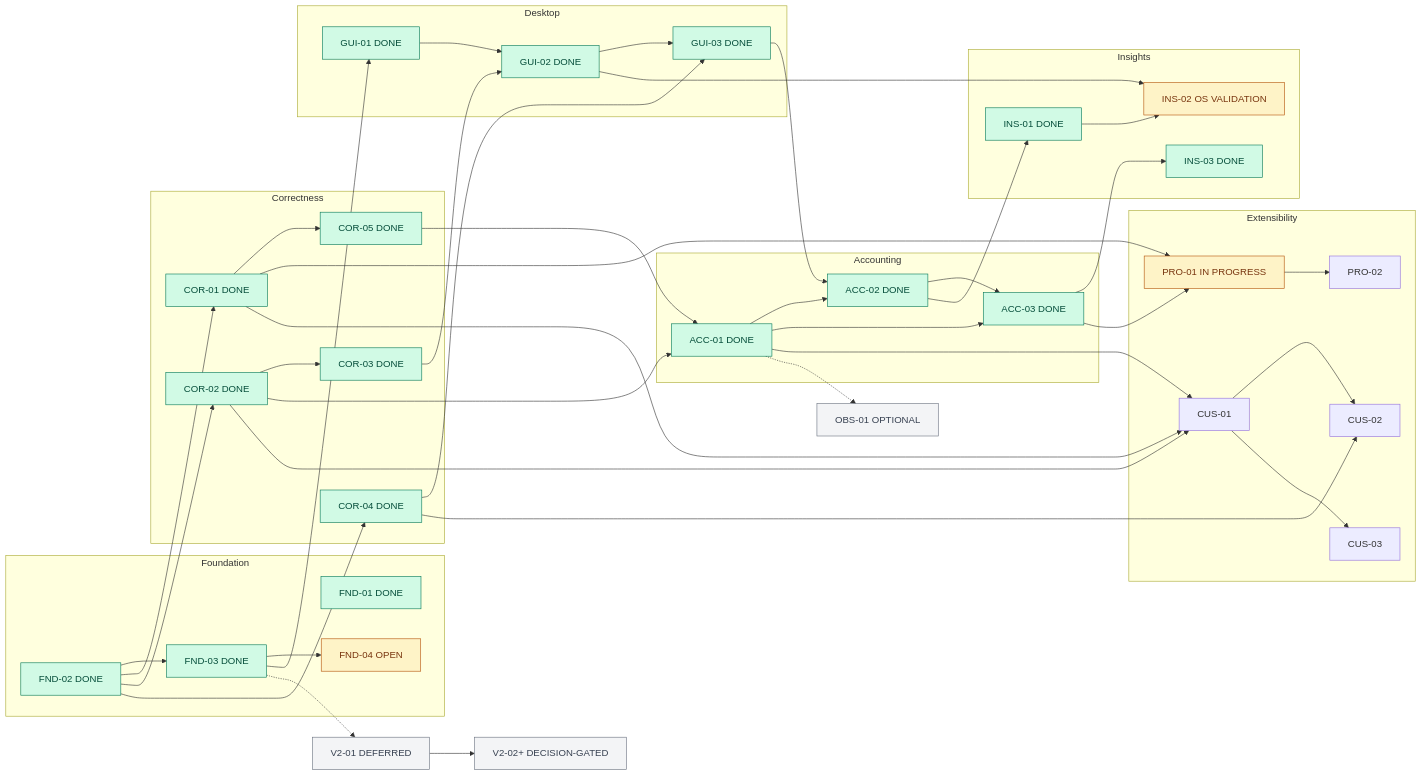
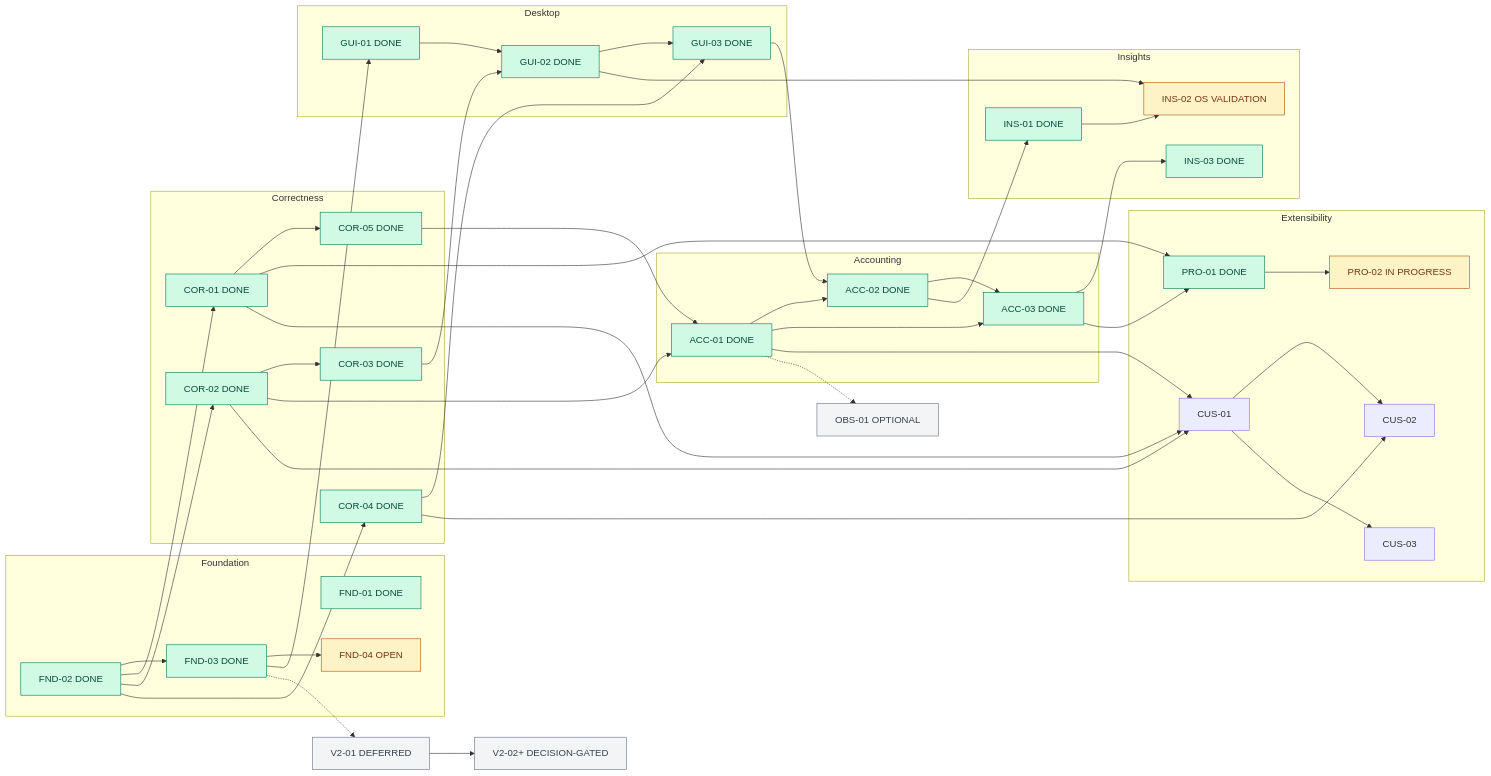
The second of 2 diagrams in docs/UPSTREAM_DELIVERY_PLAN.md (slkiser/opencode-quota), drawn with Mermaid before and after one commit. The commit also changed other lines of this file and 15 other files, not shown here.

````diff
--- a/docs/UPSTREAM_DELIVERY_PLAN.md
+++ b/docs/UPSTREAM_DELIVERY_PLAN.md
@@ -182,57 +182,57 @@
 ```mermaid
 flowchart LR
   subgraph Foundation
     F01["FND-01 DONE"]
     F02["FND-02 DONE"] --> F03["FND-03 DONE"]
     F03 --> F04["FND-04 OPEN"]
   end
   subgraph Correctness
     F02 --> C01["COR-01 DONE"]
     F02 --> C02["COR-02 DONE"]
     C02 --> C03["COR-03 DONE"]
     F02 --> C04["COR-04 DONE"]
     C01 --> C05["COR-05 DONE"]
   end
   subgraph Desktop
     F03 --> G01["GUI-01 DONE"]
     G01 --> G02["GUI-02 DONE"]
     C03 --> G02
     G02 --> G03["GUI-03 DONE"]
     C04 --> G03
   end
   subgraph Accounting
     C02 --> A01["ACC-01 DONE"]
     C05 --> A01
     A01 --> A02["ACC-02 DONE"]
     G03 --> A02
     A01 --> A03["ACC-03 DONE"]
     A02 --> A03
   end
   subgraph Insights
     A02 --> I01["INS-01 DONE"]
     I01 --> I02["INS-02 OS VALIDATION"]
     G02 --> I02
     A03 --> I03["INS-03 DONE"]
   end
   subgraph Extensibility
-    A03 --> P01["PRO-01 IN PROGRESS"]
+    A03 --> P01["PRO-01 DONE"]
     C01 --> P01
-    P01 --> P02["PRO-02"]
+    P01 --> P02["PRO-02 IN PROGRESS"]
     A01 --> U01["CUS-01"]
     C01 --> U01
     C02 --> U01
     U01 --> U02["CUS-02"]
     C04 --> U02
     U01 --> U03["CUS-03"]
   end
   A01 -.-> O01["OBS-01 OPTIONAL"]
   F03 -.-> V01["V2-01 DEFERRED"]
   V01 --> V02["V2-02+ DECISION-GATED"]
   classDef done fill:#d1fae5,stroke:#047857,color:#064e3b;
   classDef active fill:#fef3c7,stroke:#b45309,color:#78350f;
   classDef ready fill:#dbeafe,stroke:#2563eb,color:#1e3a8a;
   classDef optional fill:#f3f4f6,stroke:#6b7280,color:#374151;
-  class F01,F02,F03,C01,C02,C03,C04,C05,G01,G02,G03,A01,A02,A03,I01,I03 done;
-  class F04,I02,P01 active;
+  class F01,F02,F03,C01,C02,C03,C04,C05,G01,G02,G03,A01,A02,A03,I01,I03,P01 done;
+  class F04,I02,P02 active;
   class O01,V01,V02 optional;
 ```
````
